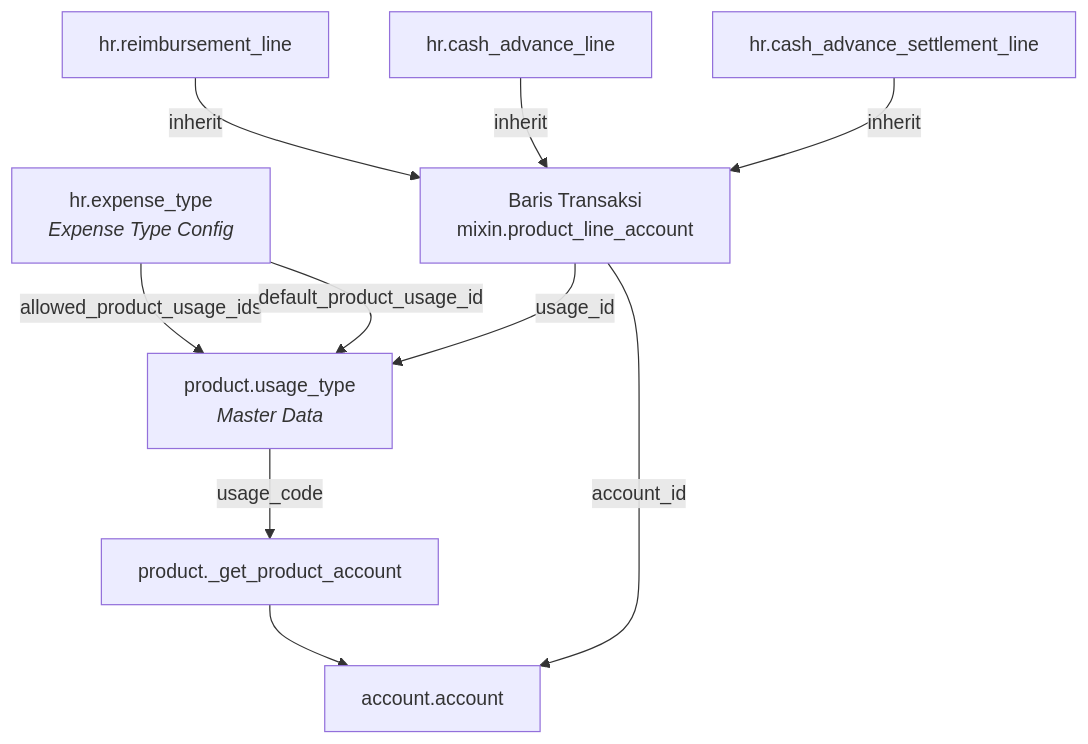
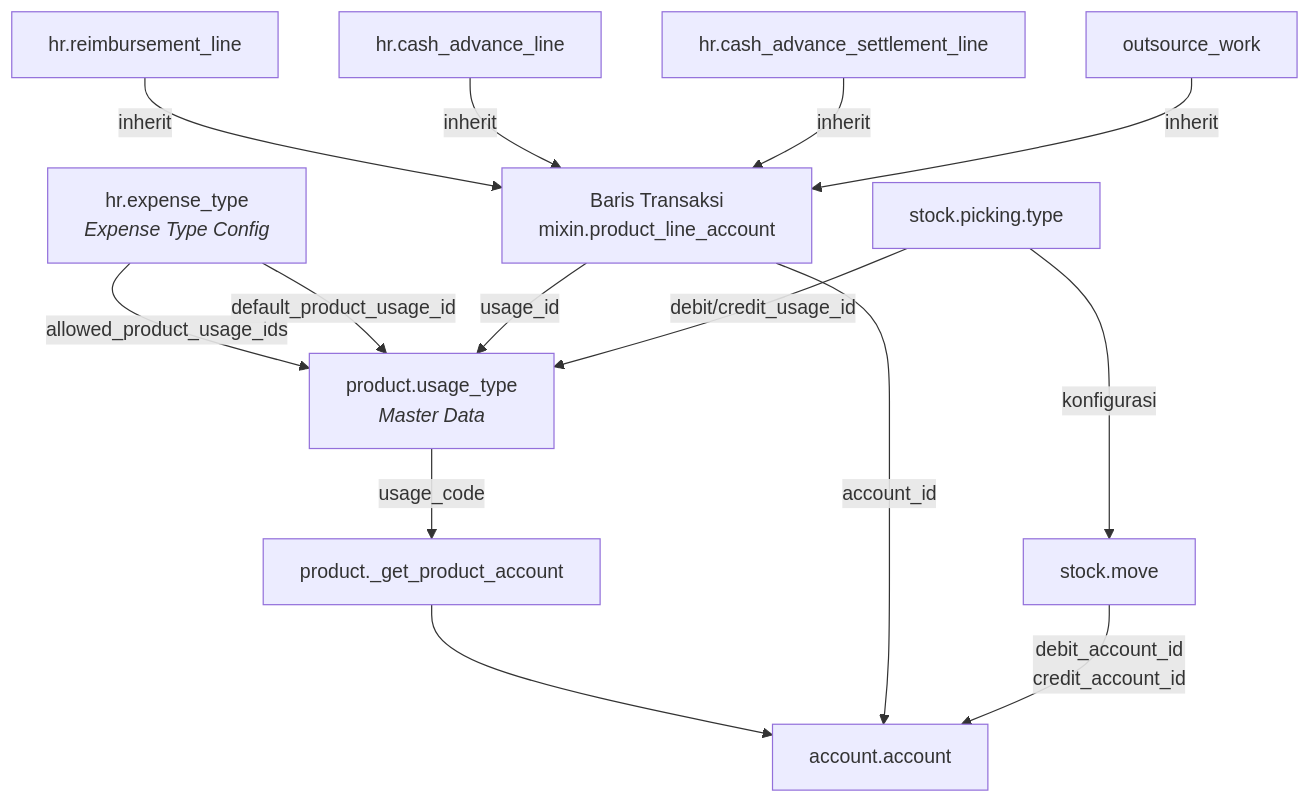
The diagram in docs/index.md (andhit-r/usage-type-tutorial), drawn with Mermaid before and after one commit. The commit also changed other lines of this file, not shown here.

Commit message:
docs: update index.md to include stock-move and outsource-work use cases

````diff
--- a/docs/index.md
+++ b/docs/index.md
@@ -27,15 +29,20 @@
 ```mermaid
 graph TD
     A[product.usage_type<br/><i>Master Data</i>] -->|usage_code| B[product._get_product_account]
     B --> C[account.account]
 
     D[hr.expense_type<br/><i>Expense Type Config</i>] -->|allowed_product_usage_ids| A
     D -->|default_product_usage_id| A
 
     E[Baris Transaksi<br/>mixin.product_line_account] -->|usage_id| A
     E -->|account_id| C
 
     F[hr.reimbursement_line] -->|inherit| E
     G[hr.cash_advance_line] -->|inherit| E
     H[hr.cash_advance_settlement_line] -->|inherit| E
+    I[outsource_work] -->|inherit| E
+
+    PT[stock.picking.type] -->|debit/credit_usage_id| A
+    SM[stock.move] -->|debit_account_id<br/>credit_account_id| C
+    PT -->|konfigurasi| SM
 ```
````
